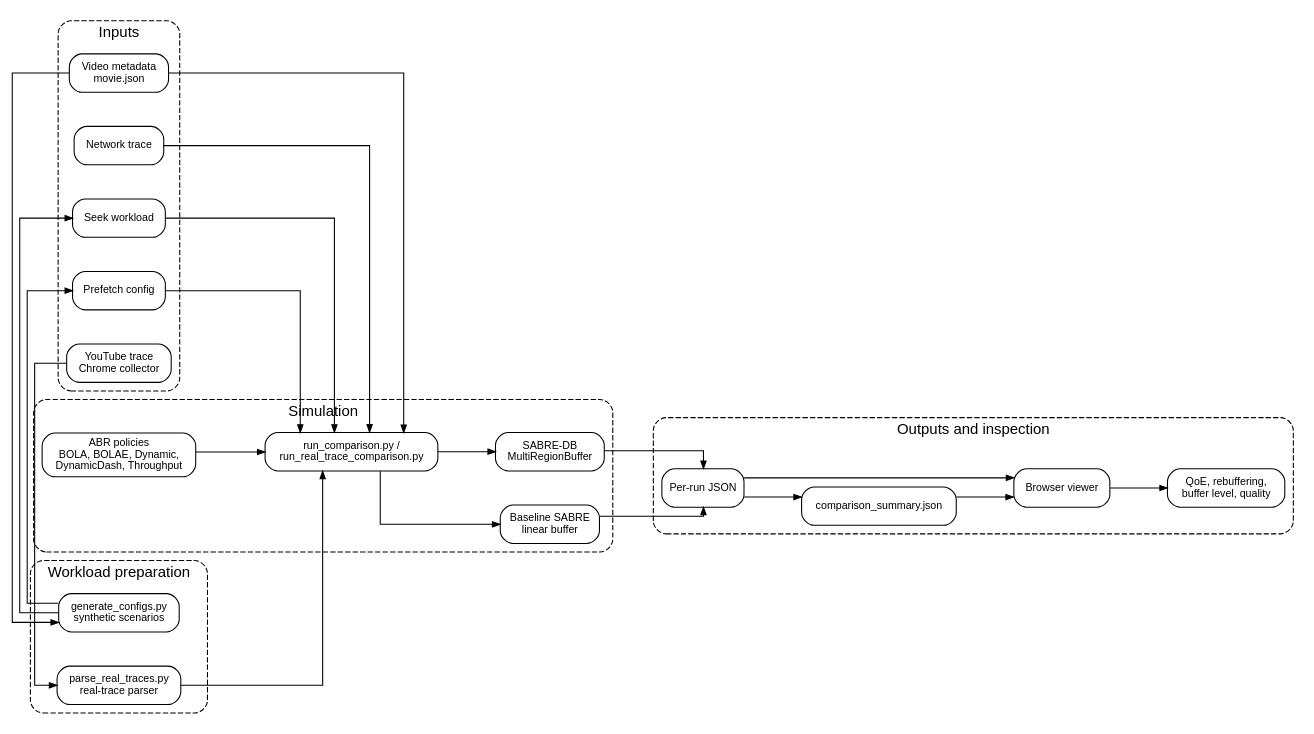
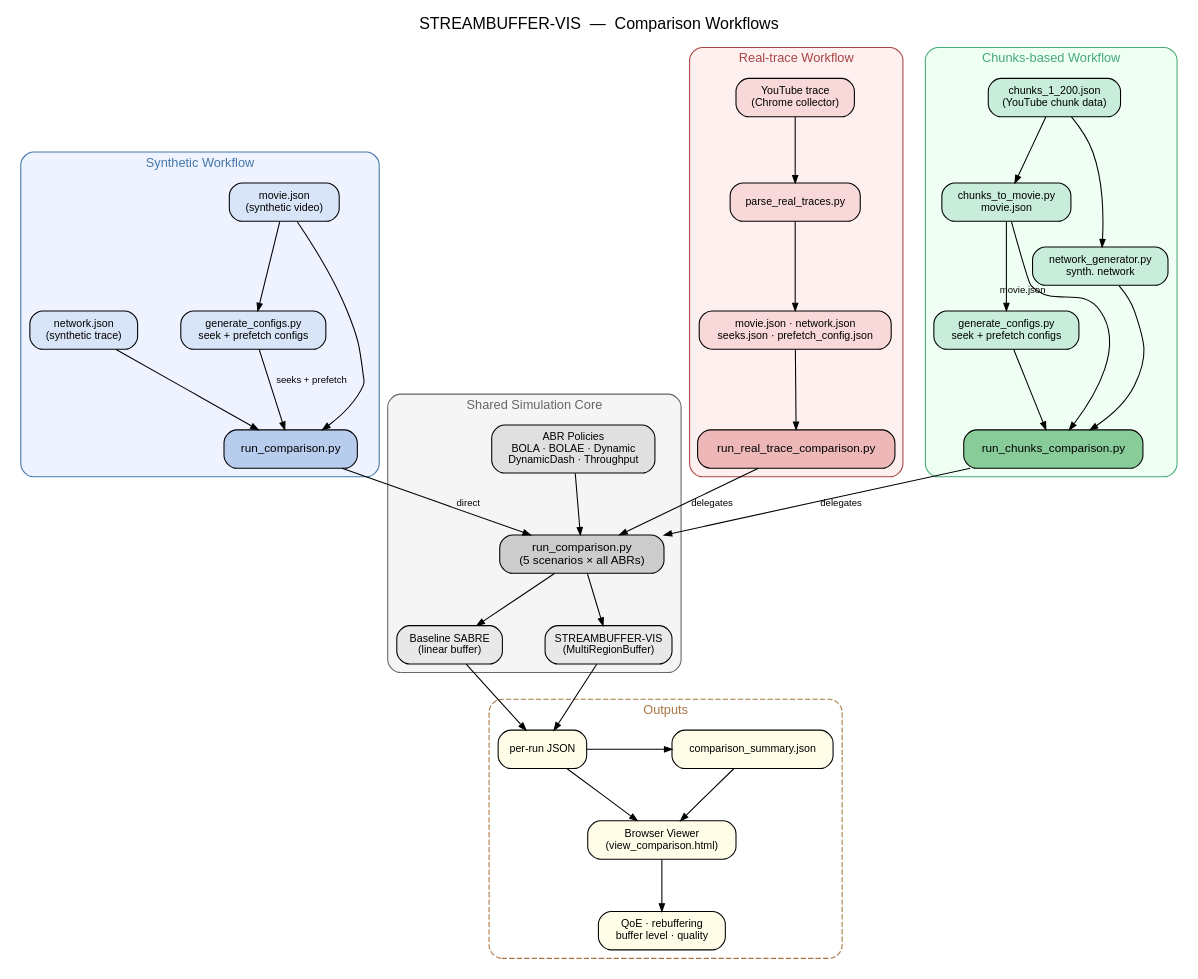
One commit to Slothbetty/sabre changed the diagram in src/workflow_diagram.gv. Above: the diagram before and after it, drawn with Graphviz. The commit also changed 5 other files, not shown here.

Commit message:
Update architecture_diagram and workdlow_diagram.

```diff
--- a/src/workflow_diagram.gv
+++ b/src/workflow_diagram.gv
@@ -1,81 +1,148 @@
-digraph SABRE_DB_Workflow {
+digraph STREAMBUFFER_VIS_Workflow {
   graph [
-    rankdir=LR,
-    splines=ortho,
-    nodesep=0.45,
-    ranksep=0.75,
-    fontname="Helvetica"
+    rankdir=TB,
+    nodesep=0.55,
+    ranksep=0.65,
+    fontname="Helvetica",
+    label="STREAMBUFFER-VIS  —  Comparison Workflows",
+    labelloc=t,
+    fontsize=15
   ];
 
   node [
     shape=box,
-    style="rounded",
+    style="rounded,filled",
     fontname="Helvetica",
     fontsize=10,
-    margin="0.10,0.06"
+    margin="0.14,0.08",
+    fillcolor="#FFFFFF"
   ];
 
   edge [
     fontname="Helvetica",
     fontsize=9,
     arrowsize=0.7
   ];
 
-  subgraph cluster_inputs {
-    label="Inputs";
-    style="rounded,dashed";
-    video [label="Video metadata\nmovie.json"];
-    network [label="Network trace"];
-    seeks [label="Seek workload"];
-    prefetch [label="Prefetch config"];
-    realtrace [label="YouTube trace\nChrome collector"];
+  // ═══════════════════════════════════════════════════════════════════════════
+  // WORKFLOW 1 — Synthetic
+  // ═══════════════════════════════════════════════════════════════════════════
+  subgraph cluster_w1 {
+    label="Synthetic Workflow";
+    style="rounded,filled";
+    color="#4477AA";
+    fontcolor="#4477AA";
+    fontsize=12;
+    fillcolor="#EEF3FF";
+
+    s_movie   [label="movie.json\n(synthetic video)",    fillcolor="#D8E5F8"];
+    s_network [label="network.json\n(synthetic trace)",  fillcolor="#D8E5F8"];
+    s_gen     [label="generate_configs.py\nseek + prefetch configs", fillcolor="#D8E5F8"];
+    s_runner  [label="run_comparison.py",
+               style="rounded,filled", fillcolor="#B8CCEE", fontsize=11];
+
+    s_movie   -> s_gen;
+    s_gen     -> s_runner [label="seeks + prefetch"];
+    s_movie   -> s_runner;
+    s_network -> s_runner;
   }
 
-  subgraph cluster_preprocess {
-    label="Workload preparation";
-    style="rounded,dashed";
-    gen [label="generate_configs.py\nsynthetic scenarios"];
-    parse [label="parse_real_traces.py\nreal-trace parser"];
+  // ═══════════════════════════════════════════════════════════════════════════
+  // WORKFLOW 2 — Real-trace
+  // ═══════════════════════════════════════════════════════════════════════════
+  subgraph cluster_w2 {
+    label="Real-trace Workflow";
+    style="rounded,filled";
+    color="#AA4444";
+    fontcolor="#AA4444";
+    fontsize=12;
+    fillcolor="#FFF0F0";
+
+    r_trace   [label="YouTube trace\n(Chrome collector)", fillcolor="#F8D8D8"];
+    r_parse   [label="parse_real_traces.py",              fillcolor="#F8D8D8"];
+    r_inputs  [label="movie.json · network.json\nseeks.json · prefetch_config.json",
+               fillcolor="#F8D8D8"];
+    r_runner  [label="run_real_trace_comparison.py",
+               style="rounded,filled", fillcolor="#EEB8B8", fontsize=11];
+
+    r_trace  -> r_parse -> r_inputs -> r_runner;
   }
 
-  subgraph cluster_sim {
-    label="Simulation";
-    style="rounded,dashed";
-    runner [label="run_comparison.py /\nrun_real_trace_comparison.py"];
-    abr [label="ABR policies\nBOLA, BOLAE, Dynamic,\nDynamicDash, Throughput"];
-    linear [label="Baseline SABRE\nlinear buffer"];
-    dynamic [label="SABRE-DB\nMultiRegionBuffer"];
+  // ═══════════════════════════════════════════════════════════════════════════
+  // WORKFLOW 3 — Chunks-based
+  // ═══════════════════════════════════════════════════════════════════════════
+  subgraph cluster_w3 {
+    label="Chunks-based Workflow";
+    style="rounded,filled";
+    color="#44AA77";
+    fontcolor="#44AA77";
+    fontsize=12;
+    fillcolor="#F0FFF4";
+
+    c_chunks  [label="chunks_1_200.json\n(YouTube chunk data)", fillcolor="#C8EDDA"];
+    c2m       [label="chunks_to_movie.py\nmovie.json",          fillcolor="#C8EDDA"];
+    c_netgen  [label="network_generator.py\nsynth. network",    fillcolor="#C8EDDA"];
+    c_gen     [label="generate_configs.py\nseek + prefetch configs", fillcolor="#C8EDDA"];
+    c_runner  [label="run_chunks_comparison.py",
+               style="rounded,filled", fillcolor="#88CC99", fontsize=11];
+
+    c_chunks -> c2m     -> c_gen -> c_runner;
+    c_chunks -> c_netgen -> c_runner;
+    c2m      -> c_runner [xlabel="movie.json"];
   }
 
-  subgraph cluster_outputs {
-    label="Outputs and inspection";
-    style="rounded,dashed";
-    json [label="Per-run JSON"];
-    summary [label="comparison_summary.json"];
-    viewer [label="Browser viewer"];
-    charts [label="QoE, rebuffering,\nbuffer level, quality"];
+
+  // ═══════════════════════════════════════════════════════════════════════════
+  // SHARED SIMULATION CORE
+  // ═══════════════════════════════════════════════════════════════════════════
+  subgraph cluster_sim {
+    label="Shared Simulation Core";
+    style="rounded,filled";
+    color="#666666";
+    fontcolor="#666666";
+    fontsize=12;
+    fillcolor="#F5F5F5";
+
+    abr     [label="ABR Policies\nBOLA · BOLAE · Dynamic\nDynamicDash · Throughput",
+             fillcolor="#E0E0E0"];
+    rc      [label="run_comparison.py\n(5 scenarios × all ABRs)",
+             style="rounded,filled", fillcolor="#CCCCCC", fontsize=11];
+    linear  [label="Baseline SABRE\n(linear buffer)",       fillcolor="#E8E8E8"];
+    dynamic [label="STREAMBUFFER-VIS\n(MultiRegionBuffer)",  fillcolor="#E8E8E8"];
+
+    abr    -> rc;
+    rc     -> linear;
+    rc     -> dynamic;
   }
 
-  video -> gen;
-  gen -> seeks;
-  gen -> prefetch;
+  // ═══════════════════════════════════════════════════════════════════════════
+  // OUTPUTS
+  // ═══════════════════════════════════════════════════════════════════════════
+  subgraph cluster_out {
+    label="Outputs";
+    style="rounded,dashed";
+    color="#AA7744";
+    fontcolor="#AA7744";
+    fontsize=12;
 
-  realtrace -> parse;
-  parse -> runner;
+    json_out [label="per-run JSON",            fillcolor="#FFFDE7"];
+    summary  [label="comparison_summary.json", fillcolor="#FFFDE7"];
+    viewer   [label="Browser Viewer\n(view_comparison.html)", fillcolor="#FFFDE7"];
+    charts   [label="QoE · rebuffering\nbuffer level · quality", fillcolor="#FFFDE7"];
 
-  video -> runner;
-  network -> runner;
-  seeks -> runner;
-  prefetch -> runner;
-  abr -> runner;
+    { rank=same; json_out; summary; }
 
-  runner -> linear;
-  runner -> dynamic;
+    json_out -> summary;
+    json_out -> viewer;
+    summary  -> viewer -> charts;
+  }
 
-  linear -> json;
-  dynamic -> json;
-  json -> summary;
-  json -> viewer;
-  summary -> viewer;
-  viewer -> charts;
+  // ── Workflows → Simulation Core ───────────────────────────────────────────
+  s_runner -> rc  [label="direct"];
+  r_runner -> rc  [label="delegates"];
+  c_runner -> rc  [label="delegates"];
+
+  // ── Simulation Core → Outputs ─────────────────────────────────────────────
+  linear  -> json_out;
+  dynamic -> json_out;
 }
```
